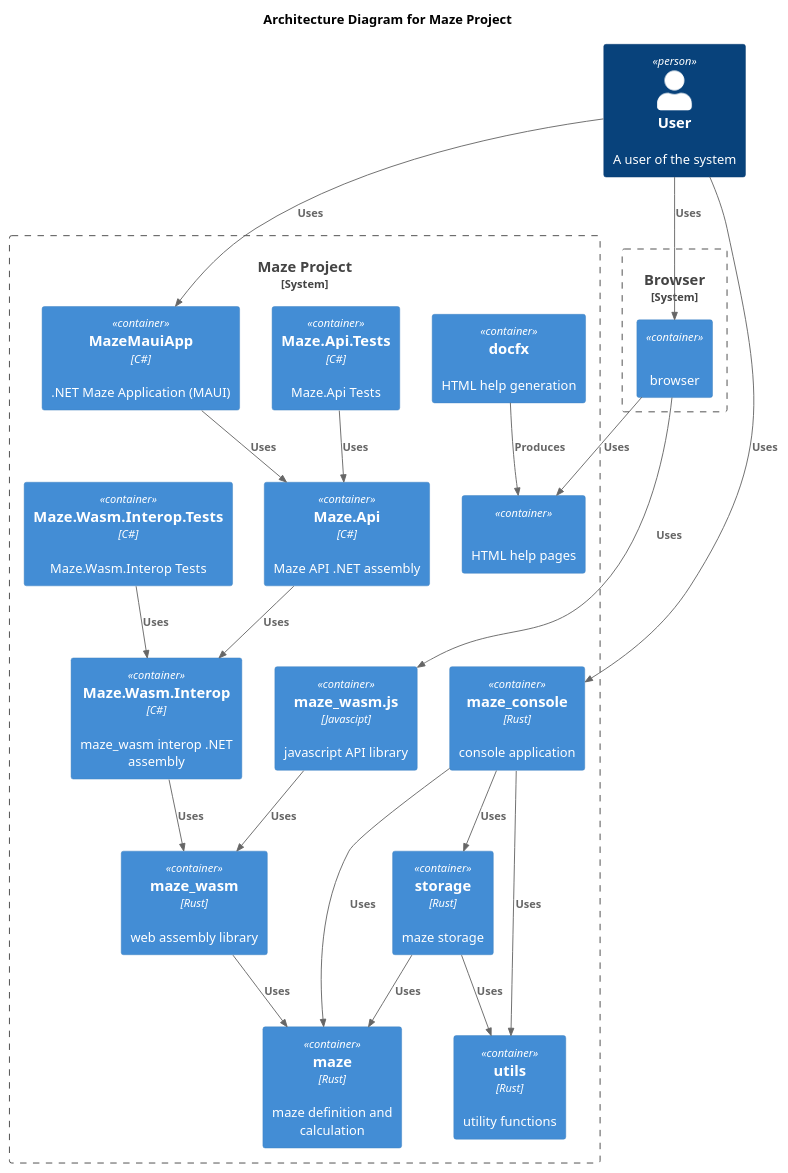
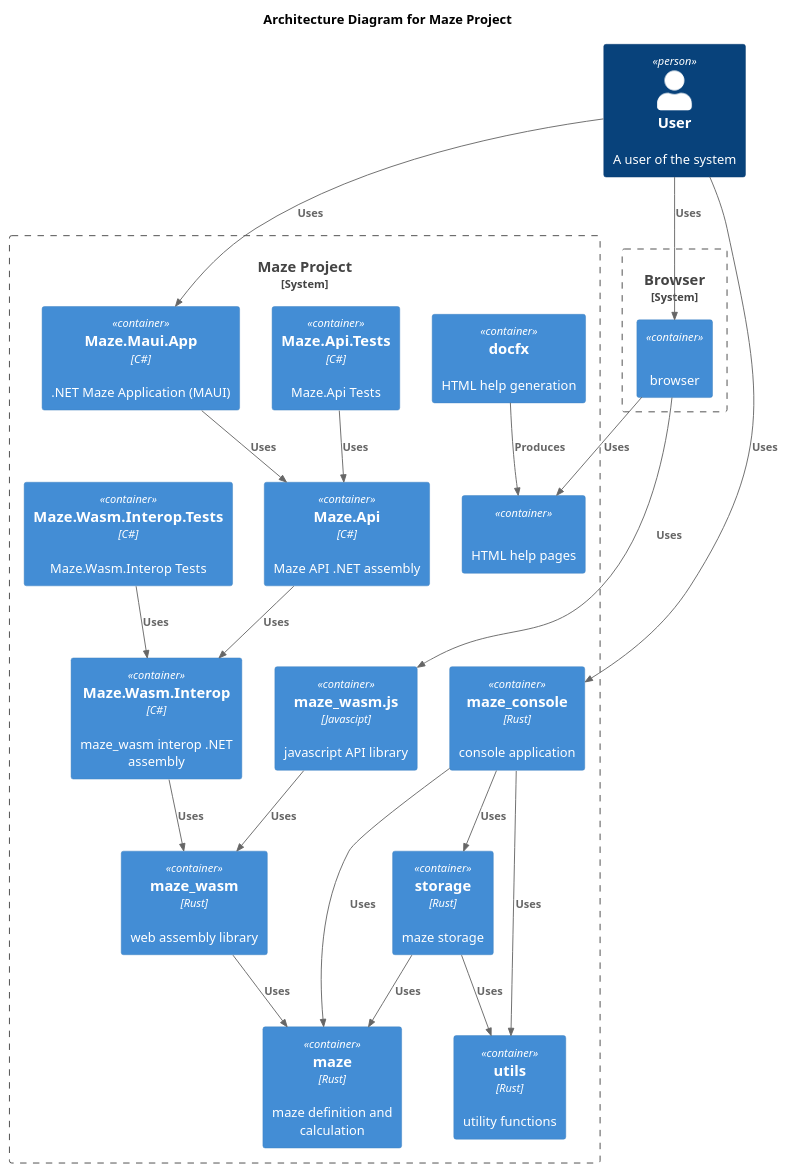
The diagram in docs/diagrams/architecture.puml (budgiedownunder/maze), drawn with PlantUML before and after one commit. The commit also changed 1 other file, not shown here.

Commit message:
Rename documentation changes from MazeMauiApp to Maze.Maui.App

```diff
--- a/docs/diagrams/architecture.puml
+++ b/docs/diagrams/architecture.puml
@@ -2,48 +2,48 @@
 @startuml
 
 !include https://raw.githubusercontent.com/plantuml-stdlib/C4-PlantUML/master/C4_Container.puml
 
 title Architecture Diagram for Maze Project
 
 Person(user, "User", "A user of the system")
 
 System_Boundary(c1, "Browser") {
     Container(browser, "", "", "browser")
 }
 
 System_Boundary(c2, "Maze Project") {
     Container(html_help, "", "", "HTML help pages")
     Container(docfx, "docfx", "", "HTML help generation")
-    Container(maze_maui_app_net, "MazeMauiApp", "C#", ".NET Maze Application (MAUI)")
+    Container(maze_maui_app_net, "Maze.Maui.App", "C#", ".NET Maze Application (MAUI)")
     Container(maze_api_net_tests, "Maze.Api.Tests", "C#", "Maze.Api Tests")
     Container(maze_api_net, "Maze.Api", "C#", "Maze API .NET assembly")
     Container(maze_wasm_interop_net_tests, "Maze.Wasm.Interop.Tests", "C#", "Maze.Wasm.Interop Tests")
     Container(maze_wasm_interop_net, "Maze.Wasm.Interop", "C#", "maze_wasm interop .NET assembly")
     Container(maze_wasm_js, "maze_wasm.js", "Javascipt", "javascript API library")
     Container(maze_wasm, "maze_wasm", "Rust", "web assembly library")
     Container(maze_console, "maze_console", "Rust", "console application")
     Container(storage, "storage", "Rust", "maze storage")
     Container(maze, "maze", "Rust", "maze definition and calculation")
     Container(utils, "utils", "Rust", "utility functions")
 }
 
 Rel(user, browser, "Uses")
 Rel(browser, html_help, "Uses")
 Rel(browser, maze_wasm_js, "Uses")
 Rel(docfx, html_help, "Produces")
 Rel(user, maze_console, "Uses")
 Rel(maze_console, maze, "Uses")
 Rel(maze_console, storage, "Uses")
 Rel(maze_console, utils, "Uses")
 Rel(user, maze_maui_app_net, "Uses")
 Rel(maze_maui_app_net, maze_api_net, "Uses")
 Rel(maze_api_net_tests, maze_api_net, "Uses")
 Rel(maze_api_net, maze_wasm_interop_net, "Uses")
 Rel(maze_wasm_interop_net_tests, maze_wasm_interop_net, "Uses")
 Rel(maze_wasm_interop_net, maze_wasm, "Uses")
 Rel(maze_wasm_js, maze_wasm, "Uses")
 Rel(maze_wasm, maze, "Uses")
 Rel(storage, maze, "Uses")
 Rel(storage, utils, "Uses")
 
 @enduml
```
